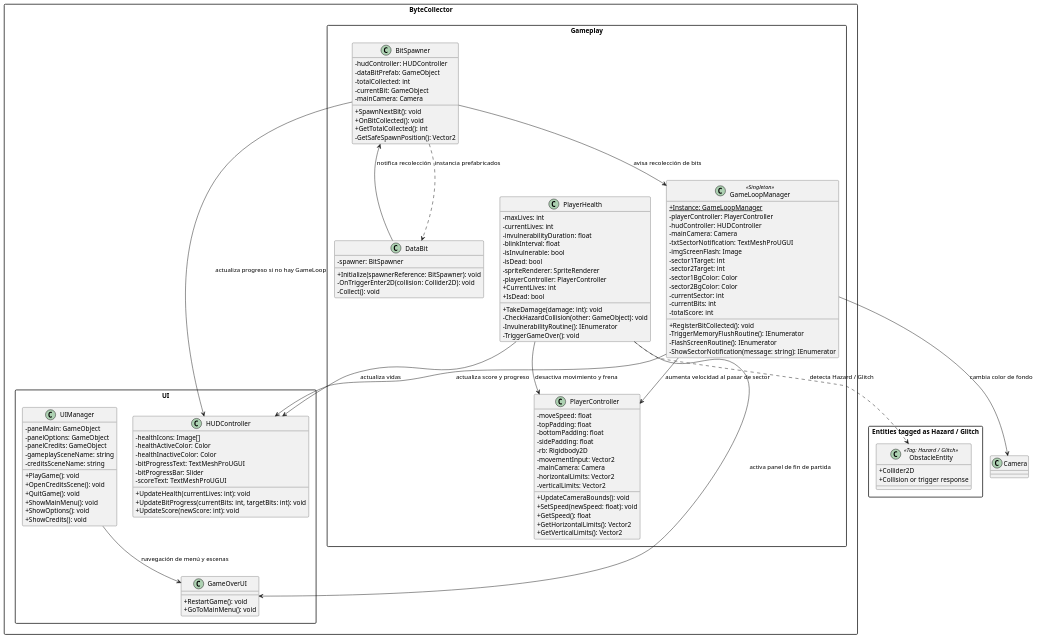
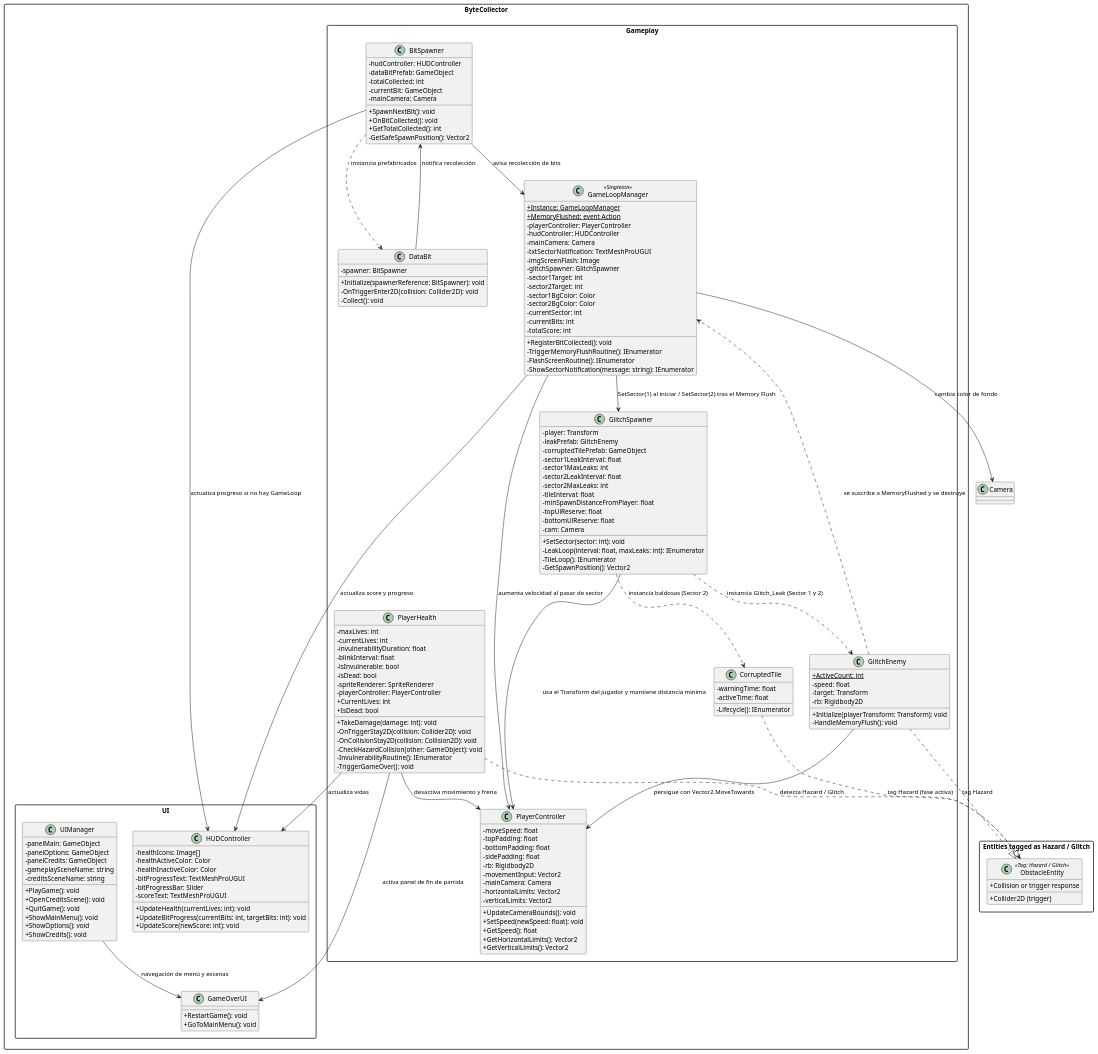
The diagram in Docs/architecture.puml (skalapuj/uces-videojuegosII-bytecollector), drawn with PlantUML before and after one commit. The commit also changed 1 other file, not shown here.

Commit message:
docs(architecture): agregar GlitchEnemy, GlitchSpawner y CorruptedTile al diagrama

```diff
--- a/Docs/architecture.puml
+++ b/Docs/architecture.puml
@@ -1,138 +1,186 @@
 @startuml Architecture_ByteCollector
 skinparam classAttributeIconSize 0
 skinparam packageStyle rectangle
 skinparam shadowing false
 
 package "ByteCollector.Gameplay" {
     class PlayerController {
         - moveSpeed: float
         - topPadding: float
         - bottomPadding: float
         - sidePadding: float
         - rb: Rigidbody2D
         - movementInput: Vector2
         - mainCamera: Camera
         - horizontalLimits: Vector2
         - verticalLimits: Vector2
         + UpdateCameraBounds(): void
         + SetSpeed(newSpeed: float): void
         + GetSpeed(): float
         + GetHorizontalLimits(): Vector2
         + GetVerticalLimits(): Vector2
     }
 
     class PlayerHealth {
         - maxLives: int
         - currentLives: int
         - invulnerabilityDuration: float
         - blinkInterval: float
         - isInvulnerable: bool
         - isDead: bool
         - spriteRenderer: SpriteRenderer
         - playerController: PlayerController
         + CurrentLives: int
         + IsDead: bool
         + TakeDamage(damage: int): void
+        - OnTriggerStay2D(collision: Collider2D): void
+        - OnCollisionStay2D(collision: Collision2D): void
         - CheckHazardCollision(other: GameObject): void
         - InvulnerabilityRoutine(): IEnumerator
         - TriggerGameOver(): void
     }
 
     class DataBit {
         - spawner: BitSpawner
         + Initialize(spawnerReference: BitSpawner): void
         - OnTriggerEnter2D(collision: Collider2D): void
         - Collect(): void
     }
 
     class BitSpawner {
         - hudController: HUDController
         - dataBitPrefab: GameObject
         - totalCollected: int
         - currentBit: GameObject
         - mainCamera: Camera
         + SpawnNextBit(): void
         + OnBitCollected(): void
         + GetTotalCollected(): int
         - GetSafeSpawnPosition(): Vector2
     }
 
     class GameLoopManager <<Singleton>> {
         + {static} Instance: GameLoopManager
+        + {static} MemoryFlushed: event Action
         - playerController: PlayerController
         - hudController: HUDController
         - mainCamera: Camera
         - txtSectorNotification: TextMeshProUGUI
         - imgScreenFlash: Image
+        - glitchSpawner: GlitchSpawner
         - sector1Target: int
         - sector2Target: int
         - sector1BgColor: Color
         - sector2BgColor: Color
         - currentSector: int
         - currentBits: int
         - totalScore: int
         + RegisterBitCollected(): void
         - TriggerMemoryFlushRoutine(): IEnumerator
         - FlashScreenRoutine(): IEnumerator
         - ShowSectorNotification(message: string): IEnumerator
+    }
+
+    class GlitchSpawner {
+        - player: Transform
+        - leakPrefab: GlitchEnemy
+        - corruptedTilePrefab: GameObject
+        - sector1LeakInterval: float
+        - sector1MaxLeaks: int
+        - sector2LeakInterval: float
+        - sector2MaxLeaks: int
+        - tileInterval: float
+        - minSpawnDistanceFromPlayer: float
+        - topUiReserve: float
+        - bottomUiReserve: float
+        - cam: Camera
+        + SetSector(sector: int): void
+        - LeakLoop(interval: float, maxLeaks: int): IEnumerator
+        - TileLoop(): IEnumerator
+        - GetSpawnPosition(): Vector2
+    }
+
+    class GlitchEnemy {
+        + {static} ActiveCount: int
+        - speed: float
+        - target: Transform
+        - rb: Rigidbody2D
+        + Initialize(playerTransform: Transform): void
+        - HandleMemoryFlush(): void
+    }
+
+    class CorruptedTile {
+        - warningTime: float
+        - activeTime: float
+        - Lifecycle(): IEnumerator
     }
 }
 
 package "ByteCollector.UI" {
     class HUDController {
         - healthIcons: Image[]
         - healthActiveColor: Color
         - healthInactiveColor: Color
         - bitProgressText: TextMeshProUGUI
         - bitProgressBar: Slider
         - scoreText: TextMeshProUGUI
         + UpdateHealth(currentLives: int): void
         + UpdateBitProgress(currentBits: int, targetBits: int): void
         + UpdateScore(newScore: int): void
     }
 
     class GameOverUI {
         + RestartGame(): void
         + GoToMainMenu(): void
     }
 
     class UIManager {
         - panelMain: GameObject
         - panelOptions: GameObject
         - panelCredits: GameObject
         - gameplaySceneName: string
         - creditsSceneName: string
         + PlayGame(): void
         + OpenCreditsScene(): void
         + QuitGame(): void
         + ShowMainMenu(): void
         + ShowOptions(): void
         + ShowCredits(): void
     }
 }
 
 package "Entities tagged as Hazard / Glitch" {
     class ObstacleEntity <<Tag: Hazard / Glitch>> {
-        + Collider2D
+        + Collider2D (trigger)
         + Collision or trigger response
     }
 }
 
 ' Relaciones de gameplay
 PlayerHealth --> PlayerController : desactiva movimiento y frena
 PlayerHealth --> HUDController : actualiza vidas
 PlayerHealth ..> ObstacleEntity : detecta Hazard / Glitch
 PlayerHealth --> GameOverUI : activa panel de fin de partida
 
 DataBit --> BitSpawner : notifica recolección
 BitSpawner ..> DataBit : instancia prefabricados
 BitSpawner --> GameLoopManager : avisa recolección de bits
 BitSpawner --> HUDController : actualiza progreso si no hay GameLoop
 
 GameLoopManager --> PlayerController : aumenta velocidad al pasar de sector
 GameLoopManager --> HUDController : actualiza score y progreso
 GameLoopManager --> Camera : cambia color de fondo
+GameLoopManager --> GlitchSpawner : SetSector(1) al iniciar / SetSector(2) tras el Memory Flush
+
+' Relaciones de enemigos y obstaculos
+GlitchSpawner ..> GlitchEnemy : instancia Glitch_Leak (Sector 1 y 2)
+GlitchSpawner ..> CorruptedTile : instancia baldosas (Sector 2)
+GlitchSpawner --> PlayerController : usa el Transform del jugador y mantiene distancia minima
+GlitchEnemy ..> GameLoopManager : se suscribe a MemoryFlushed y se destruye
+GlitchEnemy --> PlayerController : persigue con Vector2.MoveTowards
+GlitchEnemy ..|> ObstacleEntity : tag Hazard
+CorruptedTile ..|> ObstacleEntity : tag Hazard (fase activa)
 
 ' Relaciones de navegación UI
 UIManager --> GameOverUI : navegación de menú y escenas
 @enduml
```
